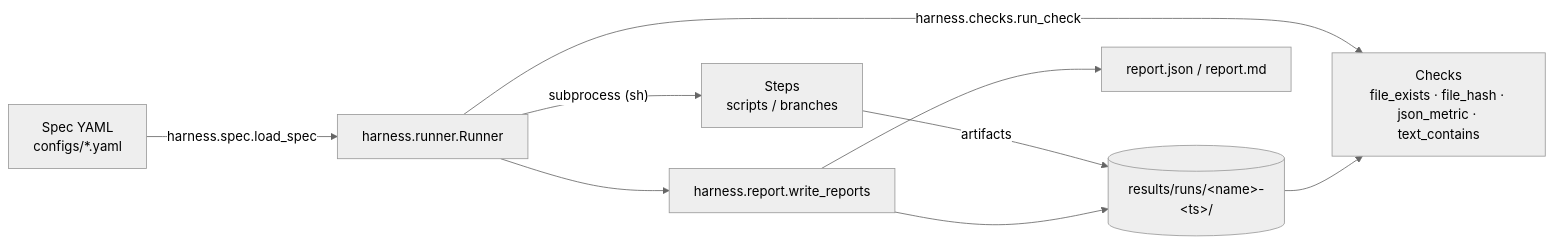
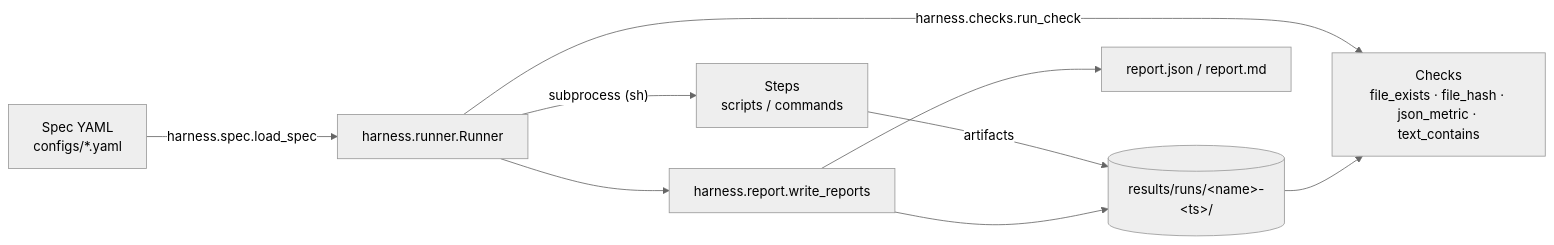
Before and after one commit to teasol/harness-template: the diagram in docs/architecture.md, drawn with Mermaid (neutral theme). The commit also changed other lines of this file and 35 other files, not shown here.

````diff
--- a/docs/architecture.md
+++ b/docs/architecture.md
@@ -5,11 +5,11 @@
 ```mermaid
 flowchart LR
     A["Spec YAML<br/>configs/*.yaml"] -->|"harness.spec.load_spec"| B["harness.runner.Runner"]
-    B -->|"subprocess (sh)"| C["Steps<br/>scripts / branches"]
+    B -->|"subprocess (sh)"| C["Steps<br/>scripts / commands"]
     C -->|"artifacts"| D[("results/runs/&lt;name&gt;-&lt;ts&gt;/")]
     B -->|"harness.checks.run_check"| E["Checks<br/>file_exists · file_hash · json_metric · text_contains"]
     D --> E
     B --> F["harness.report.write_reports"]
     F --> D
     F --> G["report.json / report.md"]
 ```
````
